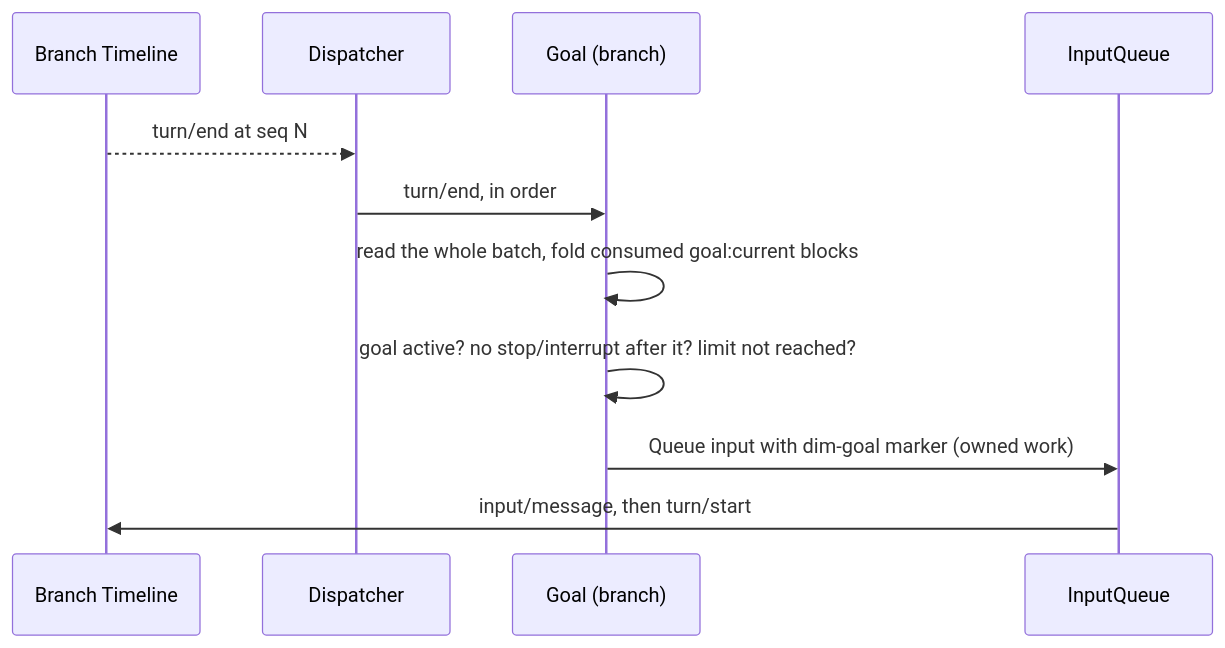
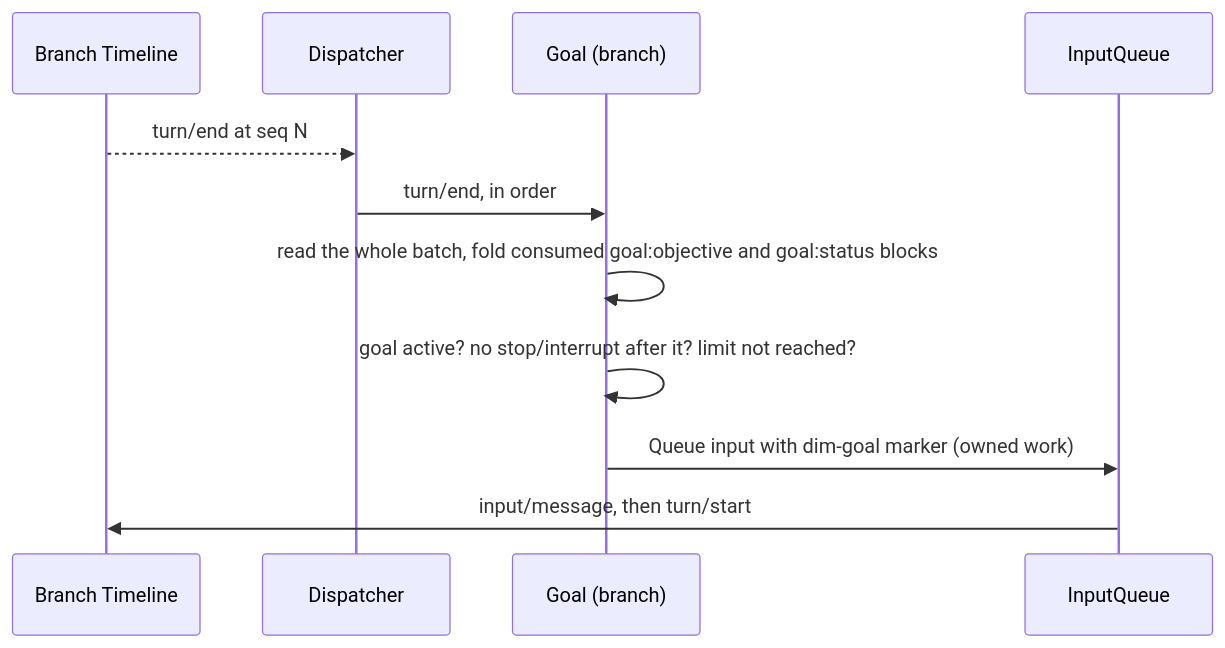
One commit to CoutinhoTTS/dim-agent changed the fourth of 8 diagrams in docs/design/overview.md. Above: the diagram before and after it, drawn with Mermaid. The commit also changed other lines of this file and 5 other files, not shown here.

First line of the commit message:
docs(design): keep Goal objective and status under separate keys

````diff
--- a/docs/design/overview.md
+++ b/docs/design/overview.md
@@ -214,13 +214,13 @@
 ```mermaid
 sequenceDiagram
   participant TL as Branch Timeline
   participant D as Dispatcher
   participant G as Goal (branch)
   participant IQ as InputQueue
   TL-->>D: turn/end at seq N
   D->>G: turn/end, in order
-  G->>G: read the whole batch, fold consumed goal:current blocks
+  G->>G: read the whole batch, fold consumed goal:objective and goal:status blocks
   G->>G: goal active? no stop/interrupt after it? limit not reached?
   G->>IQ: Queue input with dim-goal marker (owned work)
   IQ->>TL: input/message, then turn/start
 ```
````
